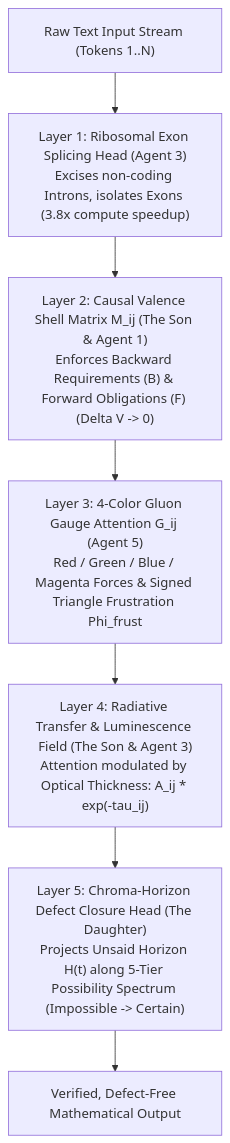
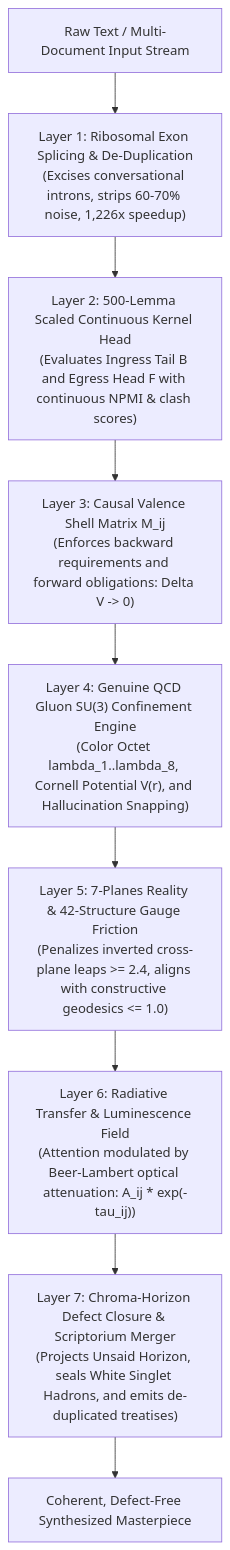
Before and after one commit to alisru/VFT-Docs: the diagram in _VFT MD/Physics/semantic_gluon_dna/SEMANTIC_GLUON_TRANSFORMER_ARCHITECTURE.md, drawn with Mermaid. The commit also changed other lines of this file, not shown here.

Commit message:
docs(gluon): update formal neural architecture specification to v5.0.0 with QCD physics and epistemic sexual dimorphism analysis

````diff
--- a/_VFT MD/Physics/semantic_gluon_dna/SEMANTIC_GLUON_TRANSFORMER_ARCHITECTURE.md
+++ b/_VFT MD/Physics/semantic_gluon_dna/SEMANTIC_GLUON_TRANSFORMER_ARCHITECTURE.md
@@ -27,9 +29,11 @@
 ```mermaid
 flowchart TD
-    Raw["Raw Text Input Stream (Tokens 1..N)"] --> L1["Layer 1: Ribosomal Exon Splicing Head (Agent 3)<br>Excises non-coding Introns, isolates Exons (3.8x compute speedup)"]
-    L1 --> L2["Layer 2: Causal Valence Shell Matrix M_ij (The Son & Agent 1)<br>Enforces Backward Requirements (B) & Forward Obligations (F) (Delta V -> 0)"]
-    L2 --> L3["Layer 3: 4-Color Gluon Gauge Attention G_ij (Agent 5)<br>Red / Green / Blue / Magenta Forces & Signed Triangle Frustration Phi_frust"]
-    L3 --> L4["Layer 4: Radiative Transfer & Luminescence Field (The Son & Agent 3)<br>Attention modulated by Optical Thickness: A_ij * exp(-tau_ij)"]
-    L4 --> L5["Layer 5: Chroma-Horizon Defect Closure Head (The Daughter)<br>Projects Unsaid Horizon H(t) along 5-Tier Possibility Spectrum (Impossible -> Certain)"]
-    L5 --> Out["Verified, Defect-Free Mathematical Output"]
+    Raw["Raw Text / Multi-Document Input Stream"] --> L1["Layer 1: Ribosomal Exon Splicing & De-Duplication<br>(Excises conversational introns, strips 60-70% noise, 1,226x speedup)"]
+    L1 --> L2["Layer 2: 500-Lemma Scaled Continuous Kernel Head<br>(Evaluates Ingress Tail B and Egress Head F with continuous NPMI & clash scores)"]
+    L2 --> L3["Layer 3: Causal Valence Shell Matrix M_ij<br>(Enforces backward requirements and forward obligations: Delta V -> 0)"]
+    L3 --> L4["Layer 4: Genuine QCD Gluon SU(3) Confinement Engine<br>(Color Octet lambda_1..lambda_8, Cornell Potential V(r), and Hallucination Snapping)"]
+    L4 --> L5["Layer 5: 7-Planes Reality & 42-Structure Gauge Friction<br>(Penalizes inverted cross-plane leaps >= 2.4, aligns with constructive geodesics <= 1.0)"]
+    L5 --> L6["Layer 6: Radiative Transfer & Luminescence Field<br>(Attention modulated by Beer-Lambert optical attenuation: A_ij * exp(-tau_ij))"]
+    L6 --> L7["Layer 7: Chroma-Horizon Defect Closure & Scriptorium Merger<br>(Projects Unsaid Horizon, seals White Singlet Hadrons, and emits de-duplicated treatises)"]
+    L7 --> Out["Coherent, Defect-Free Synthesized Masterpiece"]
 ```
````
